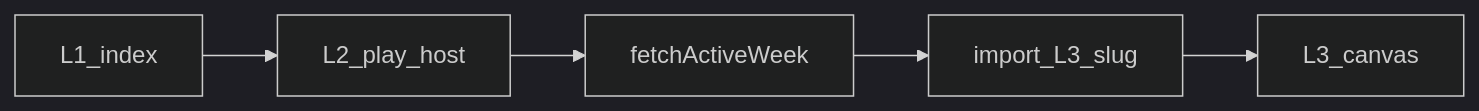
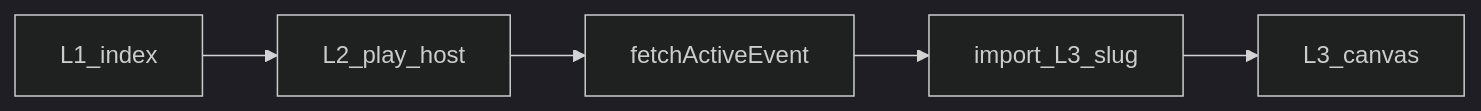
The second of 2 diagrams in CURSOR_ROADMAP.md (eljefeoc/miniGameshow), drawn with Mermaid (dark theme) before and after one commit. The commit also changed other lines of this file and 11 other files, not shown here.

````diff
--- a/CURSOR_ROADMAP.md
+++ b/CURSOR_ROADMAP.md
@@ -95,7 +95,7 @@
 ```mermaid
 flowchart LR
   index[L1_index] --> play[L2_play_host]
-  play --> fetch[fetchActiveWeek]
+  play --> fetch[fetchActiveEvent]
   fetch --> load[import_L3_slug]
   load --> canvas[L3_canvas]
 ```
````
